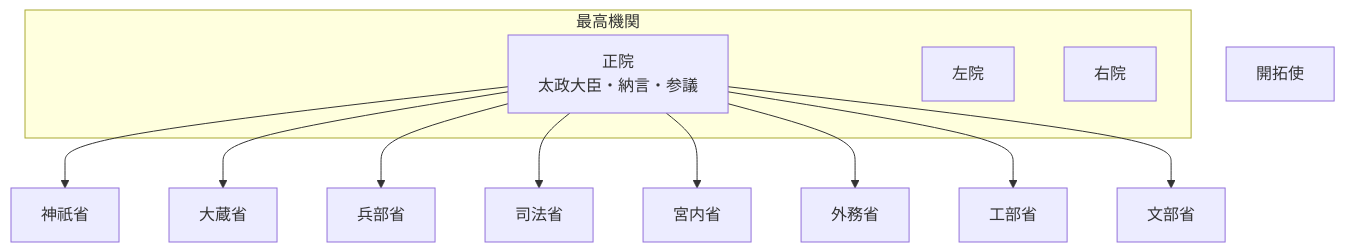
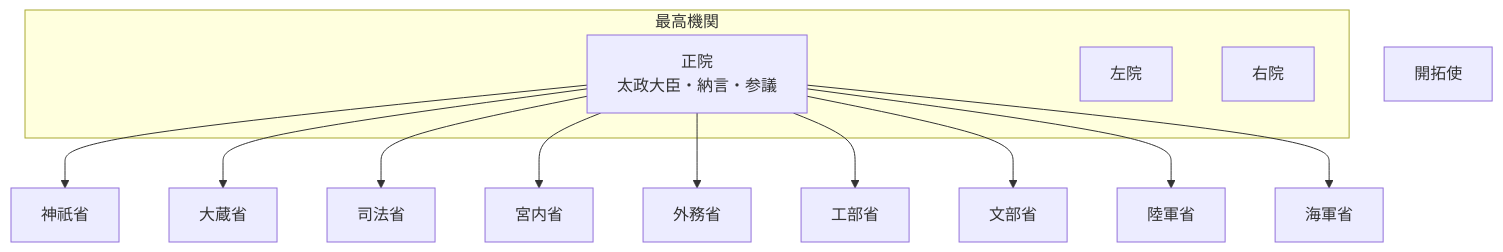
One commit to tatemaru/jp-admin-org-chart changed the diagram in README.md. Above: the diagram before and after it, drawn with Mermaid. The commit also changed other lines of this file, not shown here.

Commit message:
feat(陸軍省・海軍省): 兵部省を廃し陸海軍省を設置
根拠: 官制
施行: 1872-04-05（明治5年2月28日）
出典: JACAR history1 / transition2

種別: 改組
備考: Git日付制約のため AuthorDate/CommitDate は 1970-01-02

````diff
--- a/README.md
+++ b/README.md
@@ -9,26 +9,28 @@
 ```mermaid
 flowchart TB
   subgraph top["最高機関"]
     Sei["正院
 太政大臣・納言・参議"]
     Sa["左院"]
     U["右院"]
   end
   JingiSho["神祇省"]
   Sei --> JingiSho
   Okura["大蔵省"]
   Sei --> Okura
-  Hyobu["兵部省"]
-  Sei --> Hyobu
   Shiho["司法省"]
   Sei --> Shiho
   Kunai["宮内省"]
   Sei --> Kunai
   Gaimu["外務省"]
   Sei --> Gaimu
   Kobu["工部省"]
   Sei --> Kobu
   Mombu["文部省"]
   Sei --> Mombu
+  Rikugun["陸軍省"]
+  Sei --> Rikugun
+  Kaigun["海軍省"]
+  Sei --> Kaigun
   Kaitaku["開拓使"]
 ```
````
